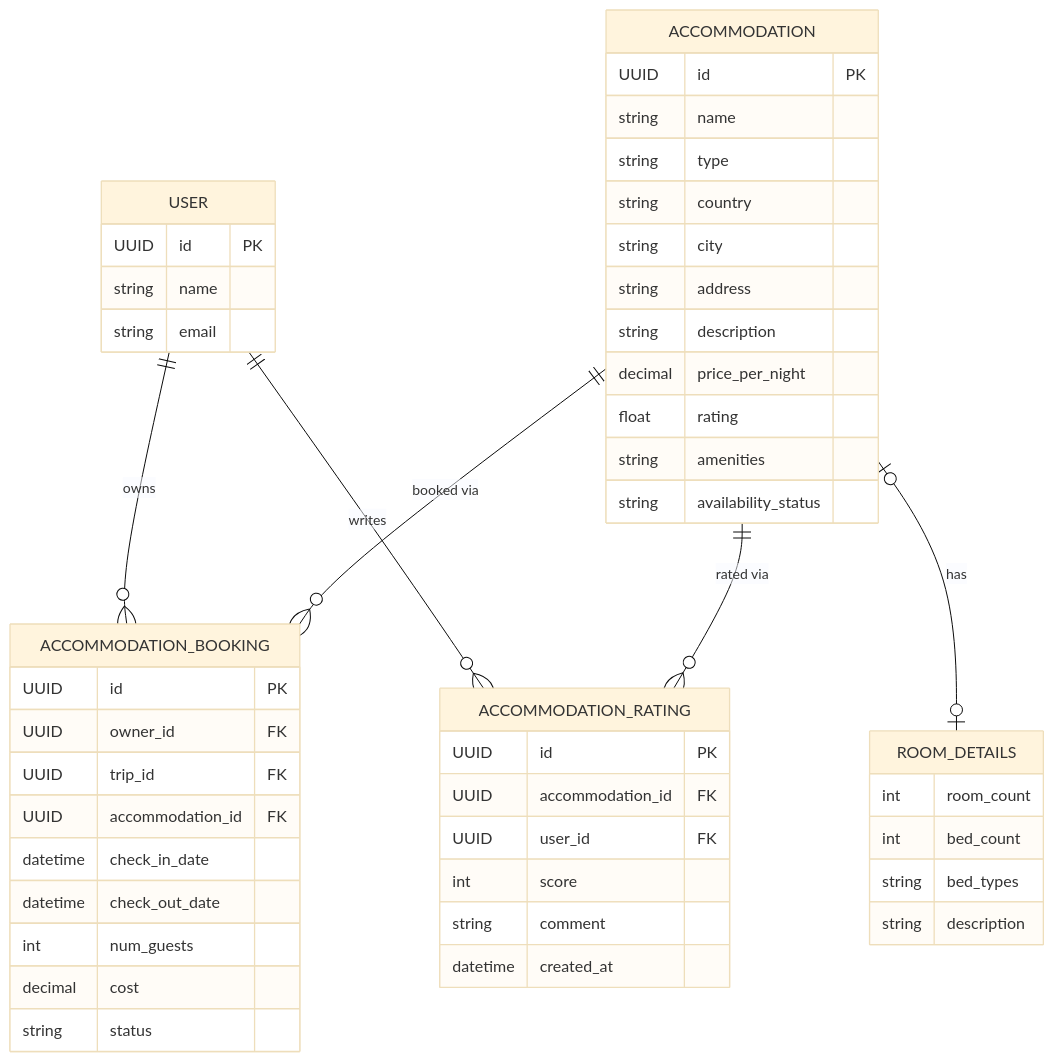
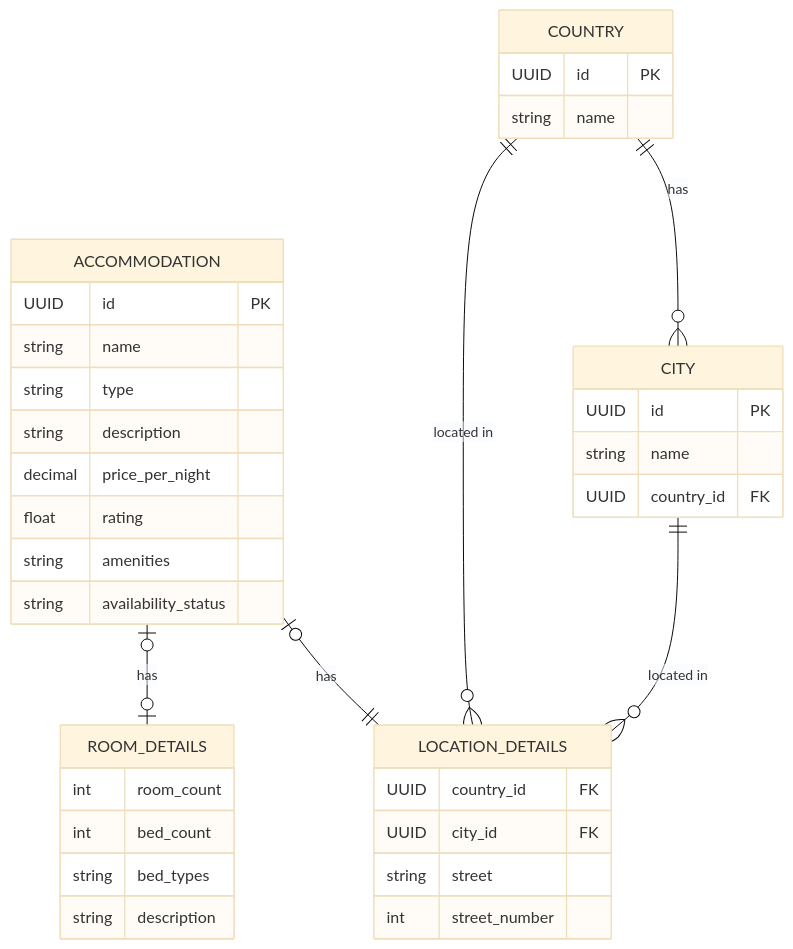
Before and after one commit to JulianKirk/TripGenie: the diagram in student-2/docs/object-model.md, drawn with Mermaid (base theme). The commit also changed other lines of this file and 32 other files, not shown here.

````diff
--- a/student-2/docs/object-model.md
+++ b/student-2/docs/object-model.md
@@ -100,56 +105,44 @@
 ```mermaid
 erDiagram
-    USER ||--o{ ACCOMMODATION_BOOKING : owns
-    USER ||--o{ ACCOMMODATION_RATING : writes
-    ACCOMMODATION ||--o{ ACCOMMODATION_BOOKING : "booked via"
-    ACCOMMODATION ||--o{ ACCOMMODATION_RATING : "rated via"
+    ACCOMMODATION |o--|| LOCATION_DETAILS : has
     ACCOMMODATION |o--o| ROOM_DETAILS : has
-
-    USER {
-        UUID id PK
-        string name
-        string email
-    }
+    COUNTRY ||--o{ CITY : has
+    COUNTRY ||--o{ LOCATION_DETAILS : "located in"
+    CITY ||--o{ LOCATION_DETAILS : "located in"
 
     ACCOMMODATION {
         UUID id PK
         string name
         string type
-        string country
-        string city
-        string address
         string description
         decimal price_per_night
         float rating
         string amenities
         string availability_status
+    }
+
+    LOCATION_DETAILS {
+        UUID country_id FK
+        UUID city_id FK
+        string street
+        int street_number
+    }
+
+    COUNTRY {
+        UUID id PK
+        string name
+    }
+
+    CITY {
+        UUID id PK
+        string name
+        UUID country_id FK
     }
 
     ROOM_DETAILS {
         int room_count
         int bed_count
         string bed_types
         string description
     }
-
-    ACCOMMODATION_BOOKING {
-        UUID id PK
-        UUID owner_id FK
-        UUID trip_id FK
-        UUID accommodation_id FK
-        datetime check_in_date
-        datetime check_out_date
-        int num_guests
-        decimal cost
-        string status
-    }
-
-    ACCOMMODATION_RATING {
-        UUID id PK
-        UUID accommodation_id FK
-        UUID user_id FK
-        int score
-        string comment
-        datetime created_at
-    }
 ```
````
